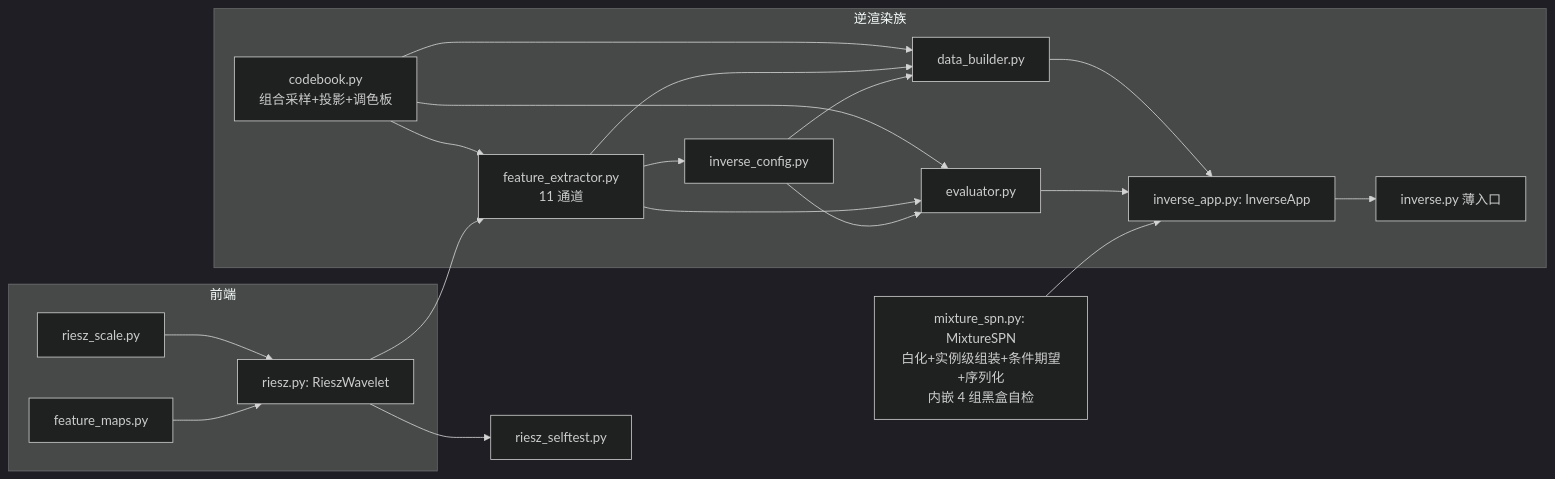
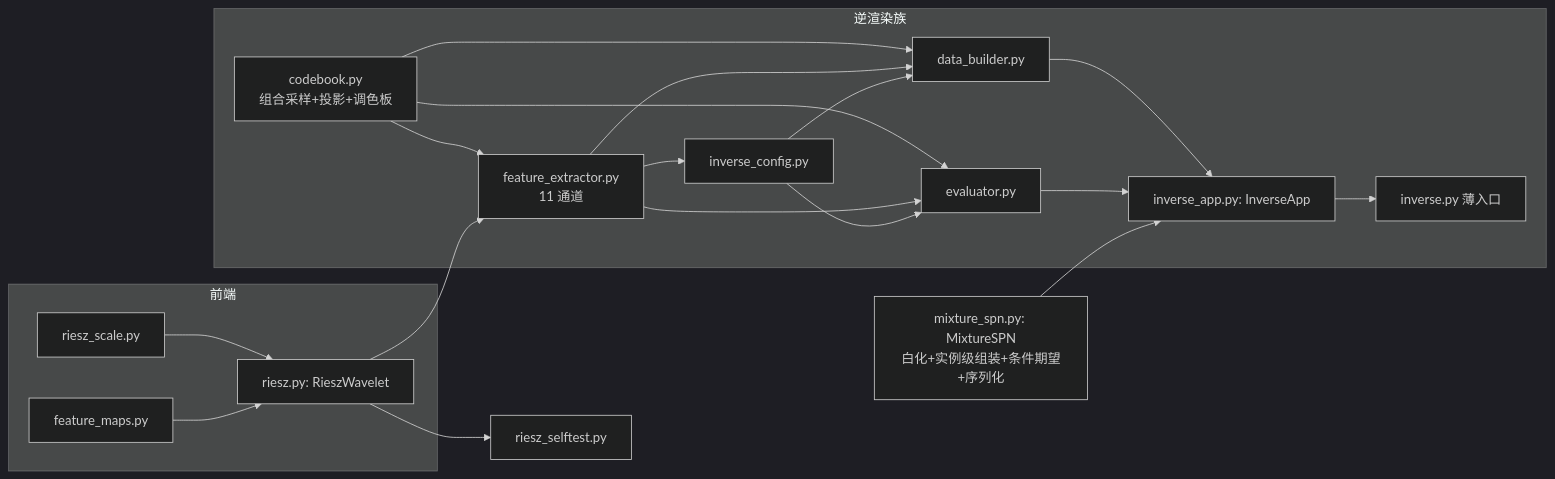
One commit to aki-xavier/conger changed the fourth of 5 diagrams in docs/architecture.md. Above: the diagram before and after it, drawn with Mermaid (dark theme). The commit also changed 11 other files, not shown here.

````diff
--- a/docs/architecture.md
+++ b/docs/architecture.md
@@ -75,15 +75,15 @@
 ```mermaid
 flowchart LR
     subgraph CORE["逆渲染族"]
         CBK["codebook.py<br/>组合采样+投影+调色板"] --> FEX["feature_extractor.py<br/>11 通道"] --> DCFG["inverse_config.py"]
         CBK & FEX & DCFG --> DB["data_builder.py"] & EV["evaluator.py"]
         DB & EV --> APP["inverse_app.py: InverseApp"]
         APP --> ENTRY["inverse.py 薄入口"]
     end
     subgraph FRONT["前端"]
         RS["riesz_scale.py"] & FM["feature_maps.py"] --> RW["riesz.py: RieszWavelet"]
         RW --> FEX
     end
-    MSP["mixture_spn.py: MixtureSPN<br/>白化+实例级组装+条件期望+序列化<br/>内嵌 4 组黑盒自检"] --> APP
+    MSP["mixture_spn.py: MixtureSPN<br/>白化+实例级组装+条件期望+序列化"] --> APP
     RW --> ST["riesz_selftest.py"]
 ```
````
